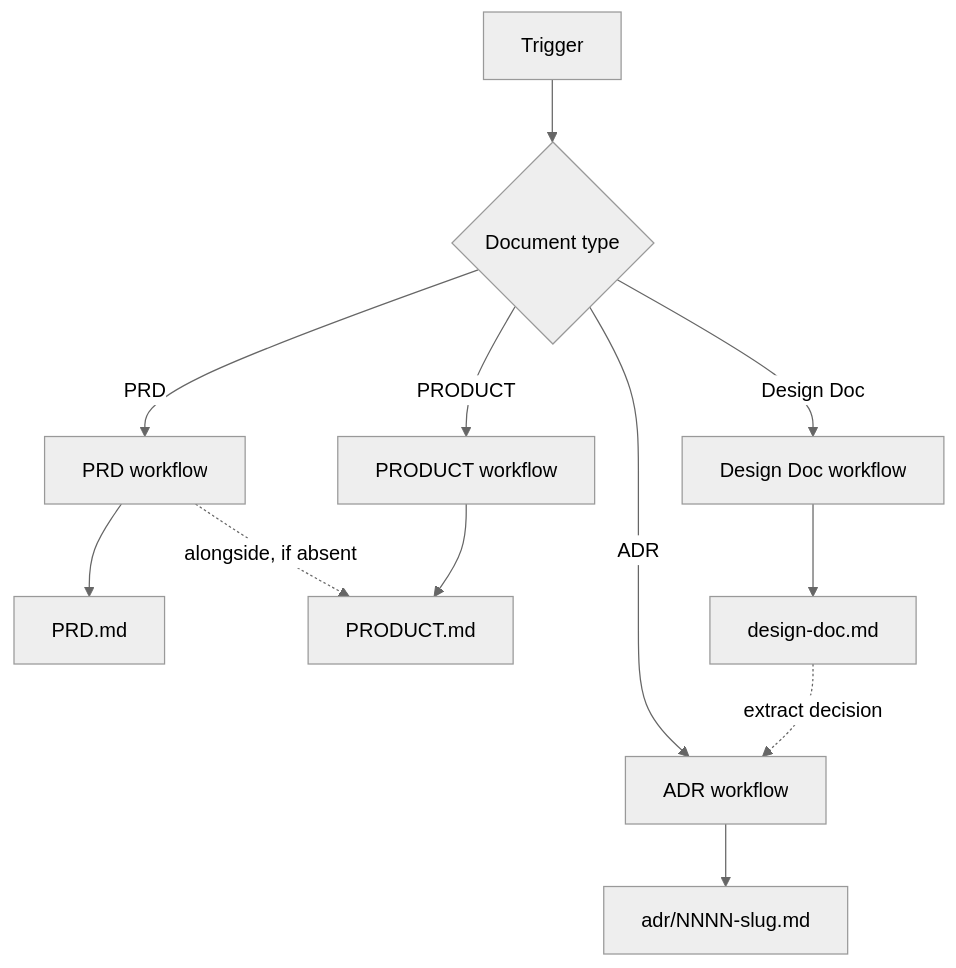
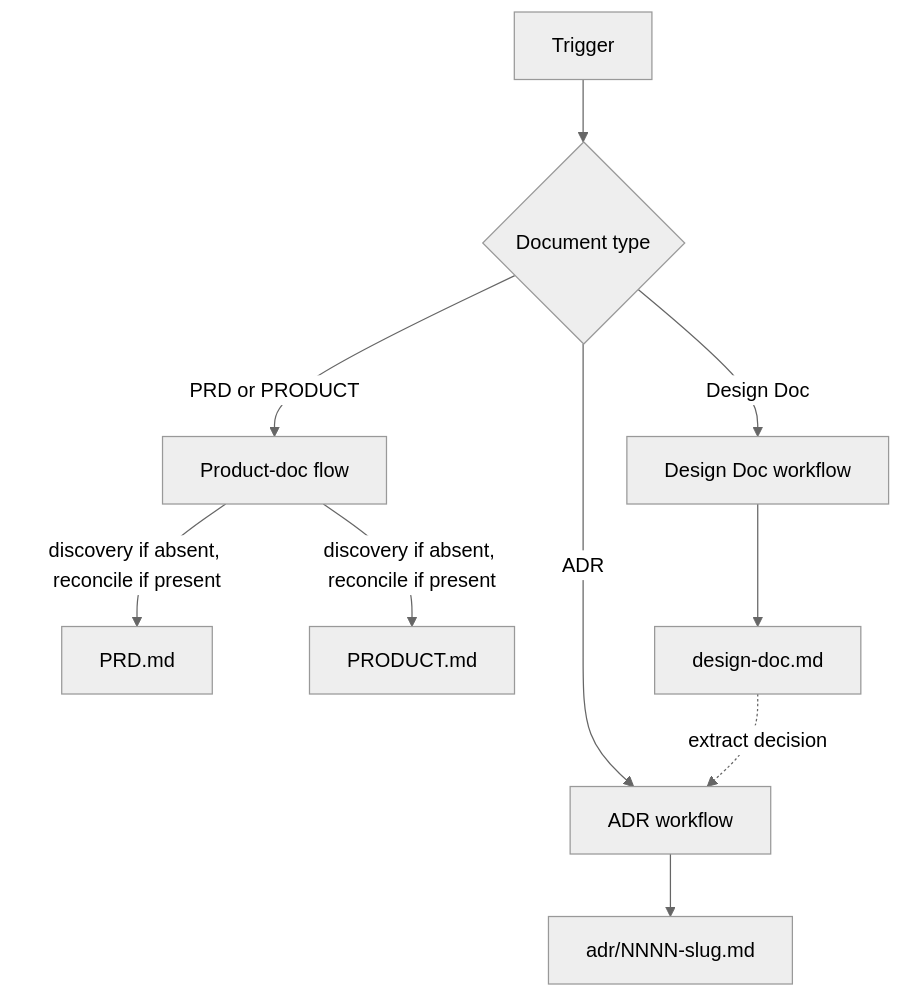
One commit to adeonir/agent-skills changed the diagram in skills/product/docs-writer/README.md. Above: the diagram before and after it, drawn with Mermaid (neutral theme). The commit also changed other lines of this file and 7 other files, not shown here.

First line of the commit message:
feat(docs-writer): add reconcile mode for existing PRD and PRODUCT

````diff
--- a/skills/product/docs-writer/README.md
+++ b/skills/product/docs-writer/README.md
@@ -10,14 +10,12 @@
 ```mermaid
 flowchart TD
     T[Trigger] --> R{Document type}
-    R -->|PRD| PRD[PRD workflow]
-    R -->|PRODUCT| PMW[PRODUCT workflow]
+    R -->|PRD or PRODUCT| PD[Product-doc flow]
     R -->|Design Doc| DD[Design Doc workflow]
     R -->|ADR| ADR[ADR workflow]
-    PRD --> P[PRD.md]
-    PRD -.->|alongside, if absent| PM[PRODUCT.md]
-    PMW --> PM
+    PD -->|discovery if absent, reconcile if present| P[PRD.md]
+    PD -->|discovery if absent, reconcile if present| PM[PRODUCT.md]
     DD --> D[design-doc.md]
     ADR --> A[adr/NNNN-slug.md]
     D -.->|extract decision| ADR
 ```
````
